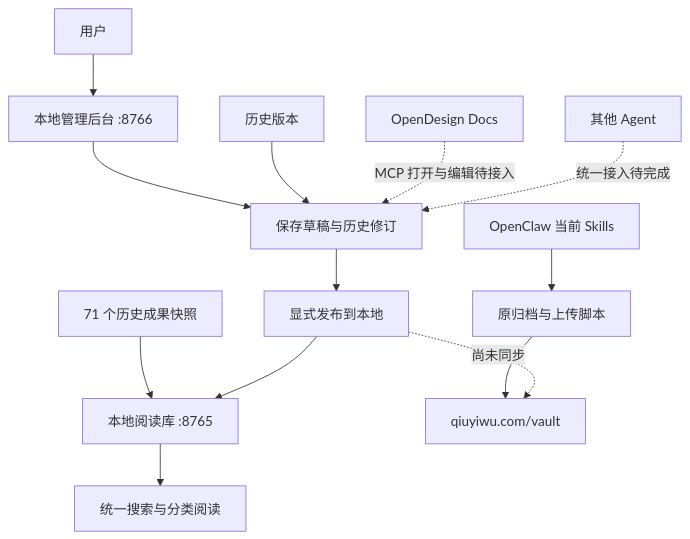
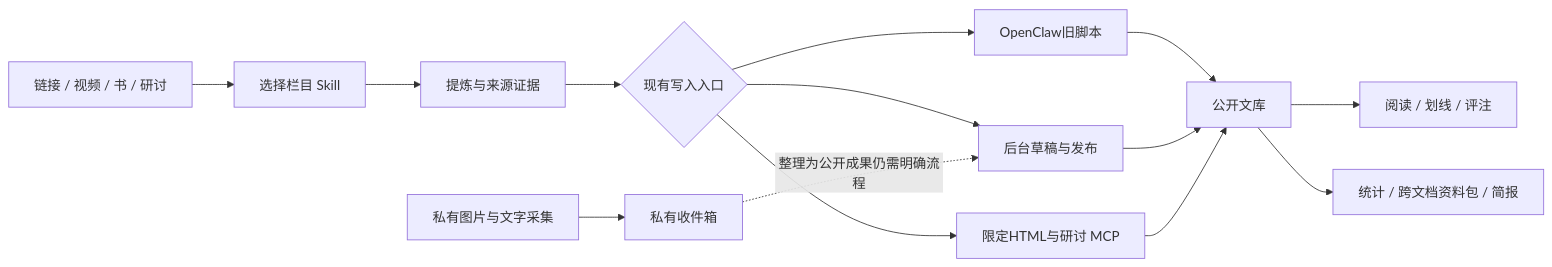
One commit to qiuyiwu1989-star/agent-vault changed the diagram in docs/current-flow.md. Above: the diagram before and after it, drawn with Mermaid. The commit also changed other lines of this file and 31 other files, not shown here.

Commit message:
Reconcile production source and document current Vault architecture and roadmap

````diff
--- a/docs/current-flow.md
+++ b/docs/current-flow.md
@@ -5,15 +7,16 @@
 ```mermaid
-flowchart TD
-  User[用户] --> Admin[本地管理后台 :8766]
-  Admin --> Draft[保存草稿与历史修订]
-  Draft --> Publish[显式发布到本地]
-  Snapshot[71 个历史成果快照] --> Reader[本地阅读库 :8765]
-  Publish --> Reader
-  Reader --> Search[统一搜索与分类阅读]
-  History[历史版本] --> Draft
-  OD[OpenDesign Docs] -. MCP 打开与编辑待接入 .-> Draft
-  Agent[其他 Agent] -. 统一接入待完成 .-> Draft
-  OC[OpenClaw 当前 Skills] --> Old[原归档与上传脚本]
-  Old --> Online[qiuyiwu.com/vault]
-  Publish -. 尚未同步 .-> Online
+flowchart LR
+  I[链接 / 视频 / 书 / 研讨] --> S[选择栏目 Skill]
+  S --> E[提炼与来源证据]
+  E --> W{现有写入入口}
+  W --> O[OpenClaw旧脚本]
+  W --> D[后台草稿与发布]
+  W --> M[限定HTML与研讨 MCP]
+  O --> P[公开文库]
+  D --> P
+  M --> P
+  P --> R[阅读 / 划线 / 评注]
+  P --> B[统计 / 跨文档资料包 / 简报]
+  C[私有图片与文字采集] --> Q[私有收件箱]
+  Q -. 整理为公开成果仍需明确流程 .-> D
 ```
````
